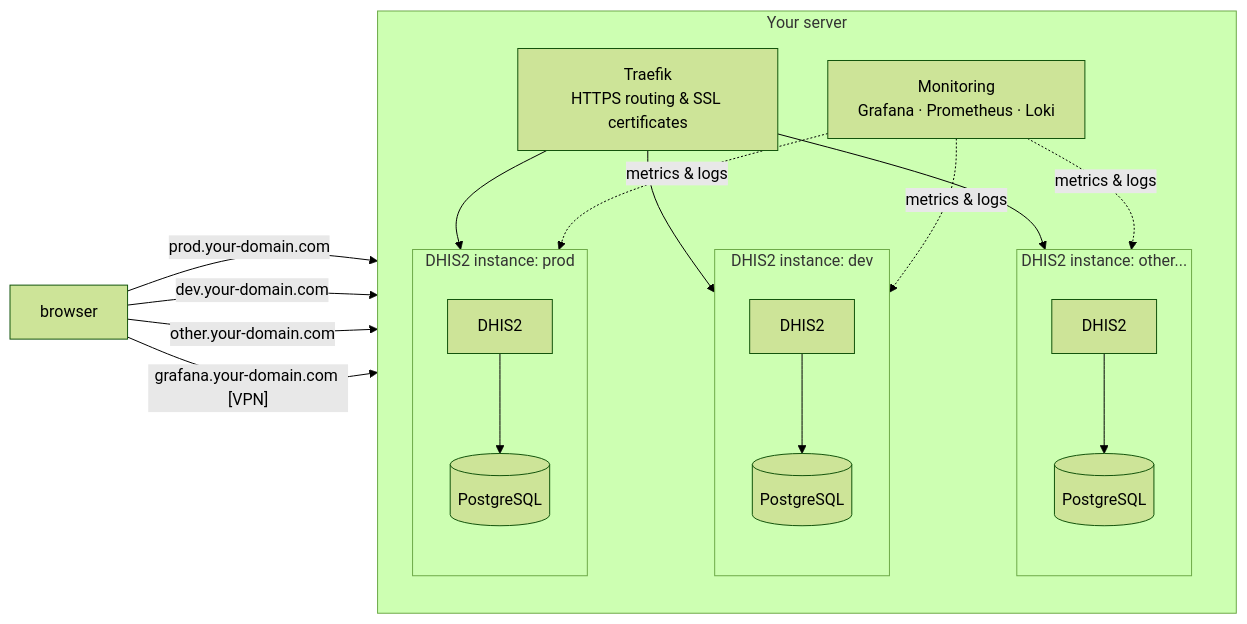
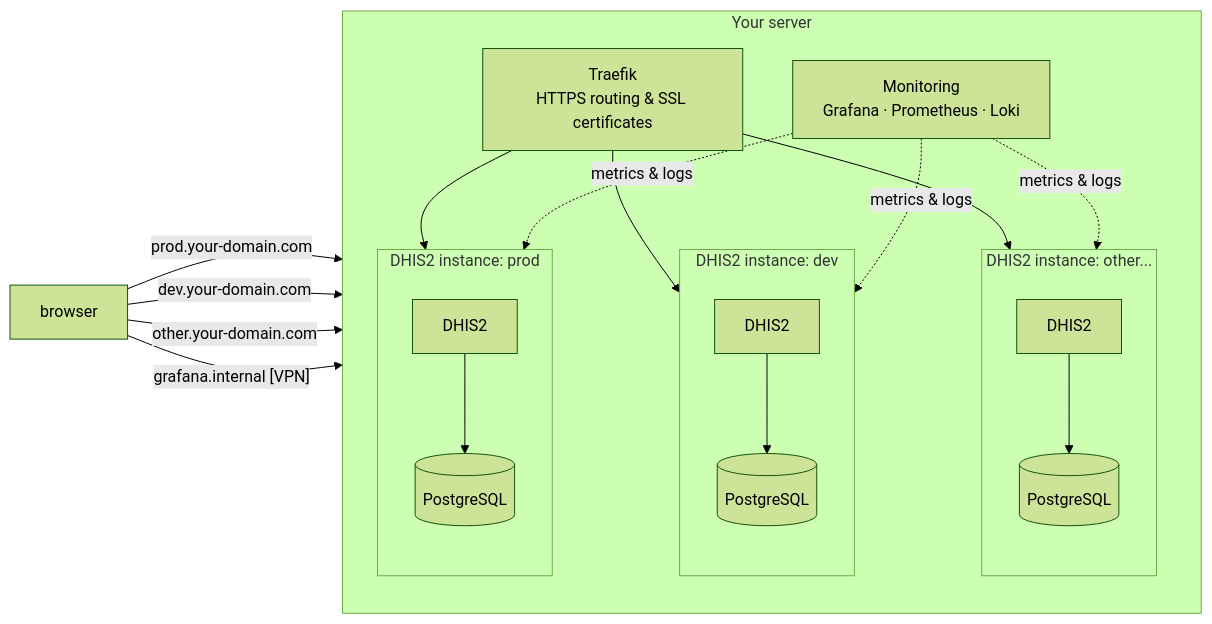
One commit to dhis2/docker-deployment changed the first of 3 diagrams in README.md. Above: the diagram before and after it, drawn with Mermaid (forest theme). The commit also changed other lines of this file and 1 other file, not shown here.

Commit message:
docs: vpn updates

````diff
--- a/README.md
+++ b/README.md
@@ -22,43 +22,43 @@
 ```mermaid
 flowchart LR
     Browser["browser"]
 
     subgraph server["Your server"]
         direction TB
         Traefik["Traefik<br/>HTTPS routing & SSL certificates"]
 
         subgraph inst3["DHIS2 instance: other..."]
             direction TB
             App3["DHIS2"]
             DB3[("PostgreSQL")]
             App3 --> DB3
         end
 
         subgraph inst2["DHIS2 instance: dev"]
             direction TB
             App2["DHIS2"]
             DB2[("PostgreSQL")]
             App2 --> DB2
         end
 
         subgraph inst1["DHIS2 instance: prod"]
             direction TB
             App1["DHIS2"]
             DB1[("PostgreSQL")]
             App1 --> DB1
         end
 
         Mon["Monitoring<br/>Grafana · Prometheus · Loki"]
     end
 
     Browser -->|"prod.your-domain.com"| Traefik
     Browser -->|"dev.your-domain.com"| Traefik
     Browser -->|"other.your-domain.com"| Traefik
-    Browser -->|"grafana.your-domain.com [VPN]"| Mon
+    Browser -->|"grafana.internal [VPN]"| Mon
     Traefik --> App1
     Traefik --> App2
     Traefik --> App3
     Mon -. "metrics & logs" .-> App1
     Mon -. "metrics & logs" .-> App2
     Mon -. "metrics & logs" .-> App3
 ```
````
